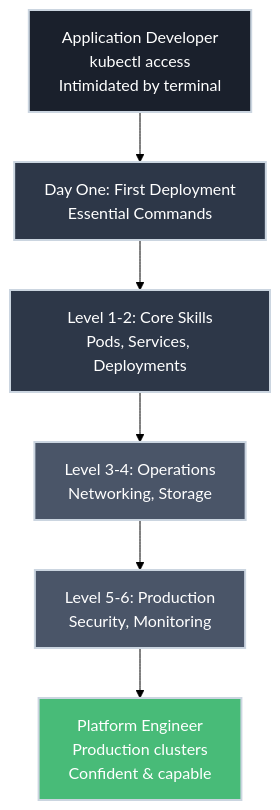
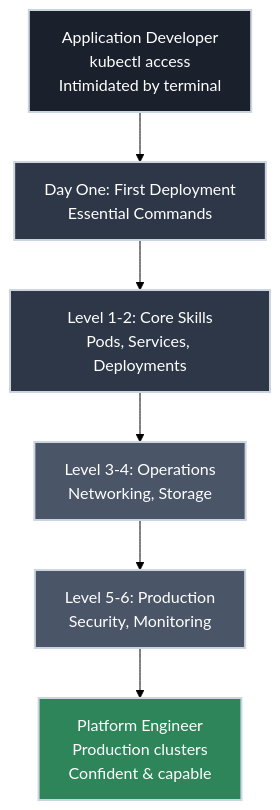
Before and after one commit to bradpenney/exploring_kubernetes: the diagram in docs/index.md, drawn with Mermaid (forest theme). The commit also changed other lines of this file and 4 other files, not shown here.

````diff
--- a/docs/index.md
+++ b/docs/index.md
@@ -153,24 +153,24 @@
 ```mermaid
 flowchart TD
     Start[Application Developer<br/>kubectl access<br/>Intimidated by terminal]
 
     DayOne[Day One: First Deployment<br/>Essential Commands]
     L12[Level 1-2: Core Skills<br/>Pods, Services, Deployments]
     L34[Level 3-4: Operations<br/>Networking, Storage]
     L56[Level 5-6: Production<br/>Security, Monitoring]
 
     End[Platform Engineer<br/>Production clusters<br/>Confident & capable]
 
     Start --> DayOne
     DayOne --> L12
     L12 --> L34
     L34 --> L56
     L56 --> End
 
     style Start fill:#1a202c,stroke:#cbd5e0,stroke-width:2px,color:#fff
     style DayOne fill:#2d3748,stroke:#cbd5e0,stroke-width:2px,color:#fff
     style L12 fill:#2d3748,stroke:#cbd5e0,stroke-width:2px,color:#fff
     style L34 fill:#4a5568,stroke:#cbd5e0,stroke-width:2px,color:#fff
     style L56 fill:#4a5568,stroke:#cbd5e0,stroke-width:2px,color:#fff
-    style End fill:#48bb78,stroke:#cbd5e0,stroke-width:2px,color:#fff
+    style End fill:#2f855a,stroke:#cbd5e0,stroke-width:2px,color:#fff
 ```
````
